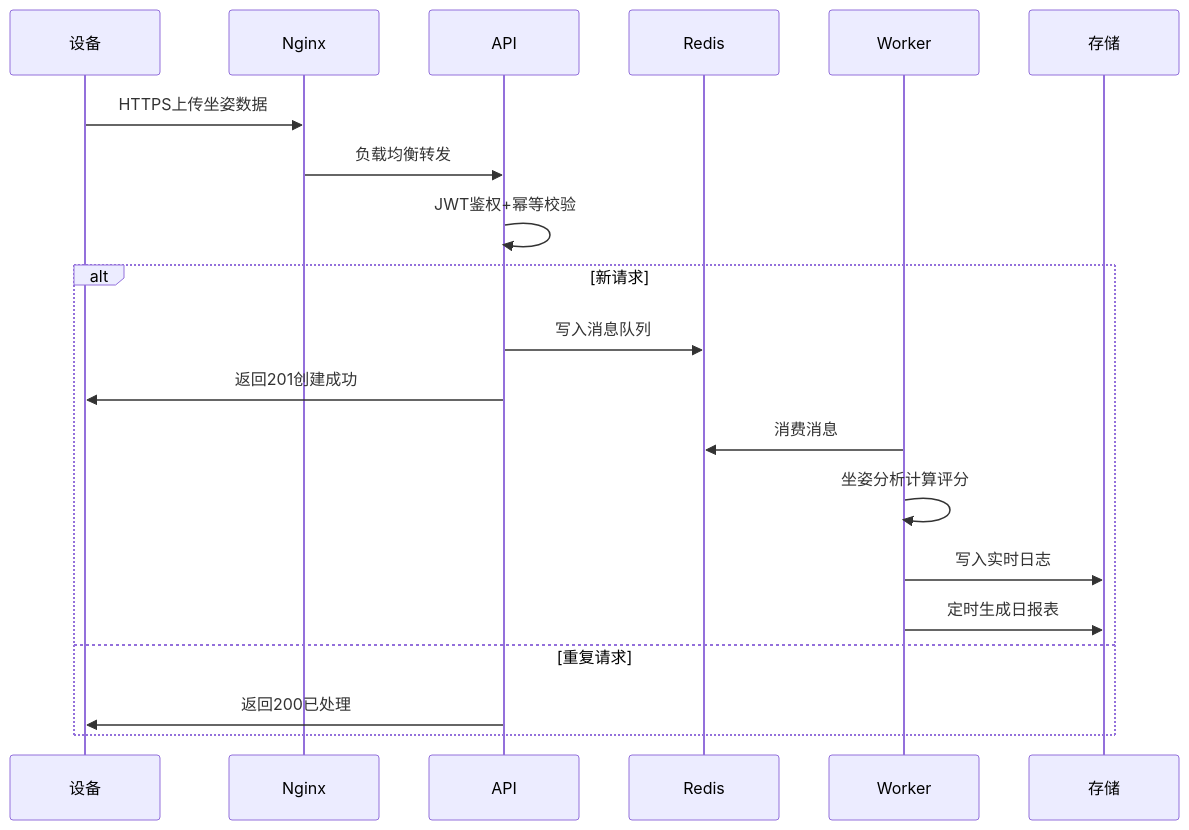
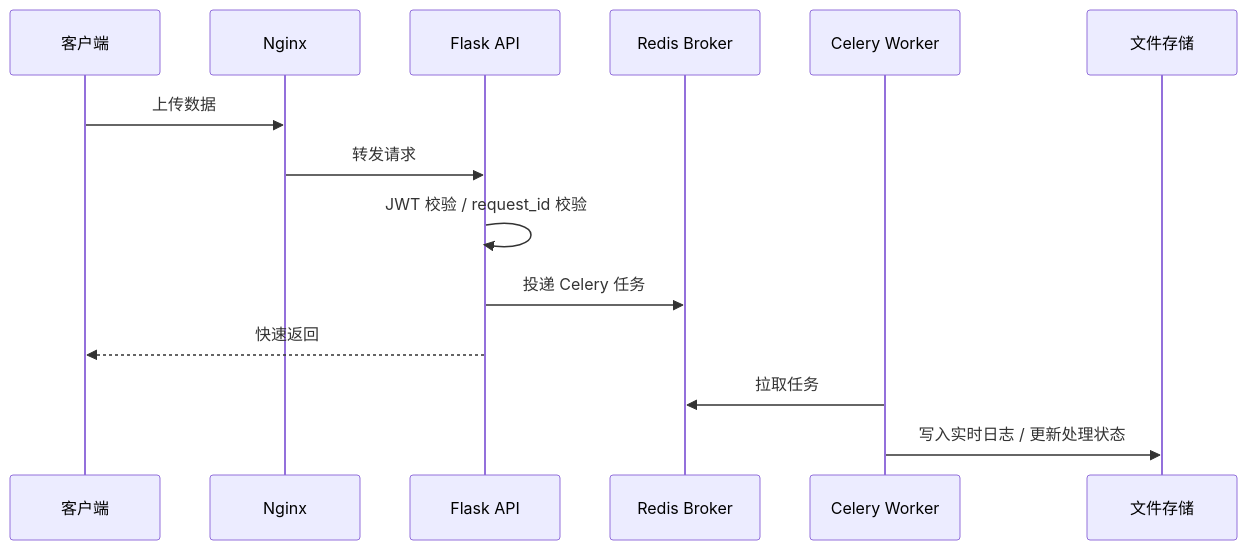
The second of 3 diagrams in Moon_Dance/Moon_Dance/docs/ARCHITECTURE.md (chanmingshaonianshi/desk2), drawn with Mermaid before and after one commit. The commit also changed other lines of this file and 32 other files, not shown here.

````diff
--- a/Moon_Dance/Moon_Dance/docs/ARCHITECTURE.md
+++ b/Moon_Dance/Moon_Dance/docs/ARCHITECTURE.md
@@ -82,23 +116,17 @@
 ```mermaid
 sequenceDiagram
-    participant 设备
-    participant Nginx
-    participant API
-    participant Redis
-    participant Worker
-    participant 存储
-    
-    设备->>Nginx: HTTPS上传坐姿数据
-    Nginx->>API: 负载均衡转发
-    API->>API: JWT鉴权+幂等校验
-    alt 新请求
-        API->>Redis: 写入消息队列
-        API->>设备: 返回201创建成功
-        Worker->>Redis: 消费消息
-        Worker->>Worker: 坐姿分析计算评分
-        Worker->>存储: 写入实时日志
-        Worker->>存储: 定时生成日报表
-    else 重复请求
-        API->>设备: 返回200已处理
-    end
+    participant Client as 客户端
+    participant Nginx as Nginx
+    participant API as Flask API
+    participant Redis as Redis Broker
+    participant Worker as Celery Worker
+    participant Store as 文件存储
+
+    Client->>Nginx: 上传数据
+    Nginx->>API: 转发请求
+    API->>API: JWT 校验 / request_id 校验
+    API->>Redis: 投递 Celery 任务
+    API-->>Client: 快速返回
+    Worker->>Redis: 拉取任务
+    Worker->>Store: 写入实时日志 / 更新处理状态
 ```
````
